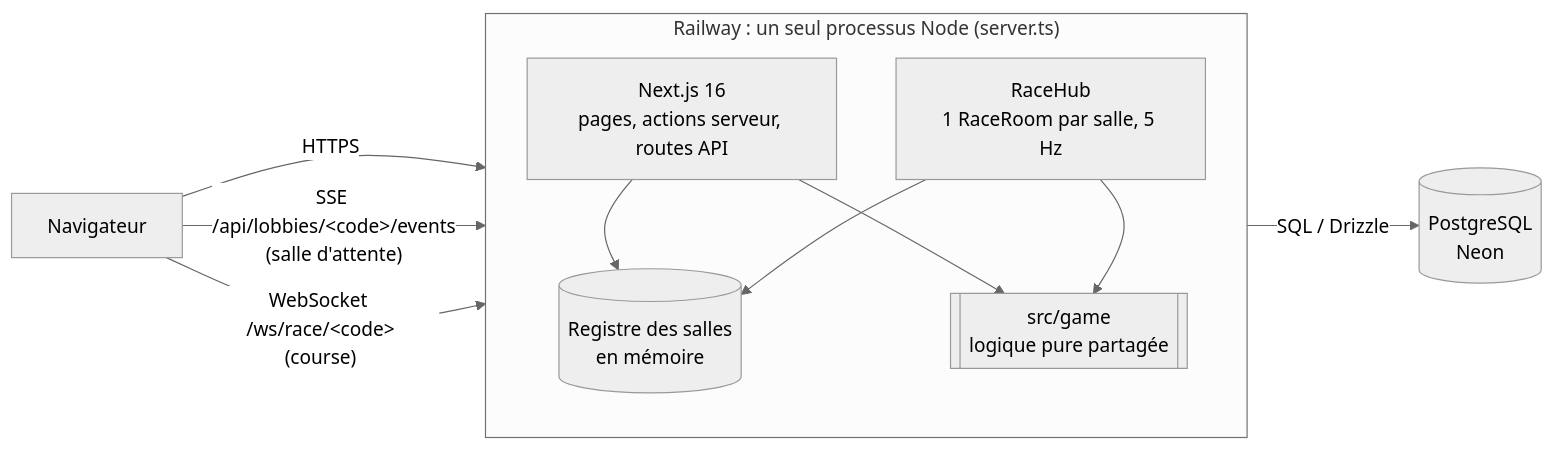
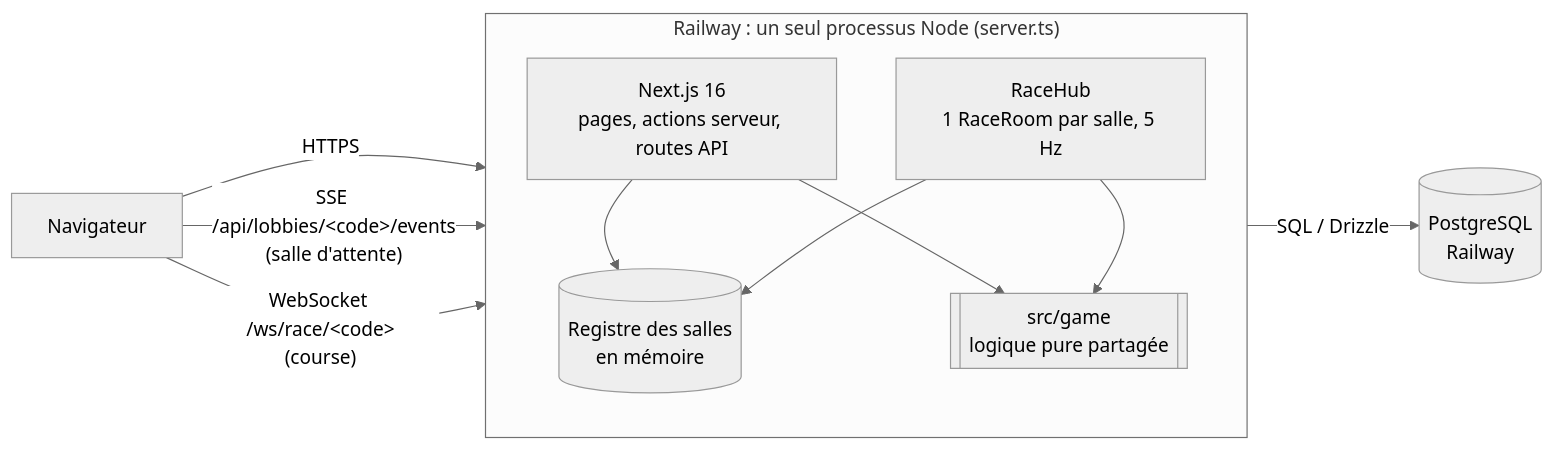
The first of 5 diagrams in docs/ARCHITECTURE.md (Chab2005/JJK-Curse-Typer), drawn with Mermaid (neutral theme) before and after one commit. The commit also changed other lines of this file, not shown here.

Commit message:
docs : update ARCHITECTURE.md to final version with realtime message flow and bot ADR

````diff
--- a/docs/ARCHITECTURE.md
+++ b/docs/ARCHITECTURE.md
@@ -8,17 +8,17 @@
 ```mermaid
 flowchart LR
   B[Navigateur] -- HTTPS --> S
   B -- "SSE /api/lobbies/&lt;code&gt;/events<br/>(salle d'attente)" --> S
   B -- "WebSocket /ws/race/&lt;code&gt;<br/>(course)" --> S
   subgraph S["Railway : un seul processus Node (server.ts)"]
     N[Next.js 16<br/>pages, actions serveur, routes API]
     L[(Registre des salles<br/>en mémoire)]
     R[RaceHub<br/>1 RaceRoom par salle, 5 Hz]
     G[[src/game<br/>logique pure partagée]]
     N --> L
     R --> L
     N --> G
     R --> G
   end
-  S -- SQL / Drizzle --> P[(PostgreSQL<br/>Neon)]
+  S -- SQL / Drizzle --> P[(PostgreSQL<br/>Railway)]
 ```
````
